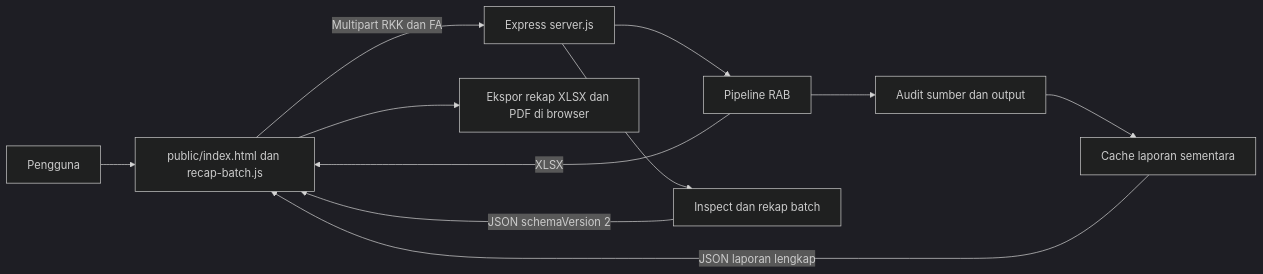
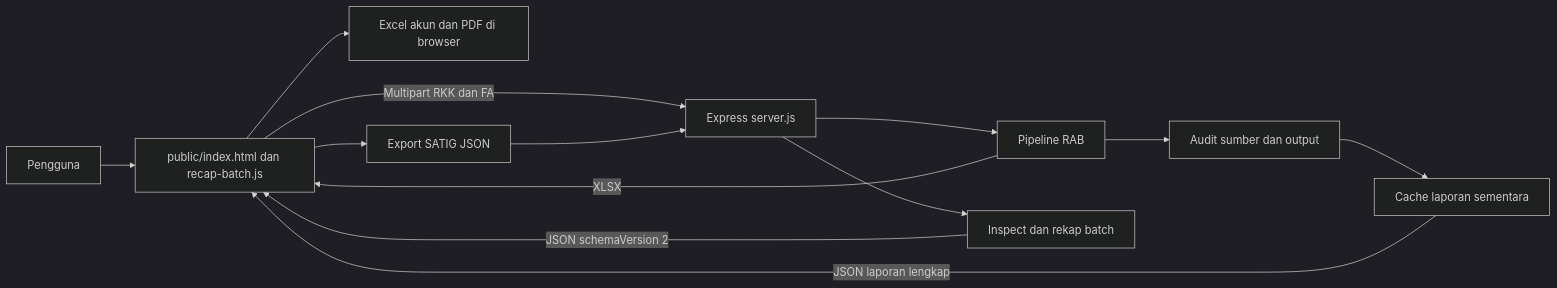
Before and after one commit to alfarisg34/excel-processor-v3: the first of 2 diagrams in Architecture.md, drawn with Mermaid (dark theme). The commit also changed other lines of this file and 15 other files, not shown here.

Commit message:
feat: export hierarchy recap using SATIG satker template

````diff
--- a/Architecture.md
+++ b/Architecture.md
@@ -11,13 +11,15 @@
 ```mermaid
 flowchart LR
   U[Pengguna] --> UI[public/index.html dan recap-batch.js]
   UI -->|Multipart RKK dan FA| API[Express server.js]
   API --> P[Pipeline RAB]
   API --> B[Inspect dan rekap batch]
   P --> A[Audit sumber dan output]
   A --> C[Cache laporan sementara]
   P -->|XLSX| UI
   B -->|JSON schemaVersion 2| UI
   C -->|JSON laporan lengkap| UI
-  UI --> E[Ekspor rekap XLSX dan PDF di browser]
+  UI --> E[Excel akun dan PDF di browser]
+  UI --> X[Export SATIG JSON]
+  X --> API
 ```
````
